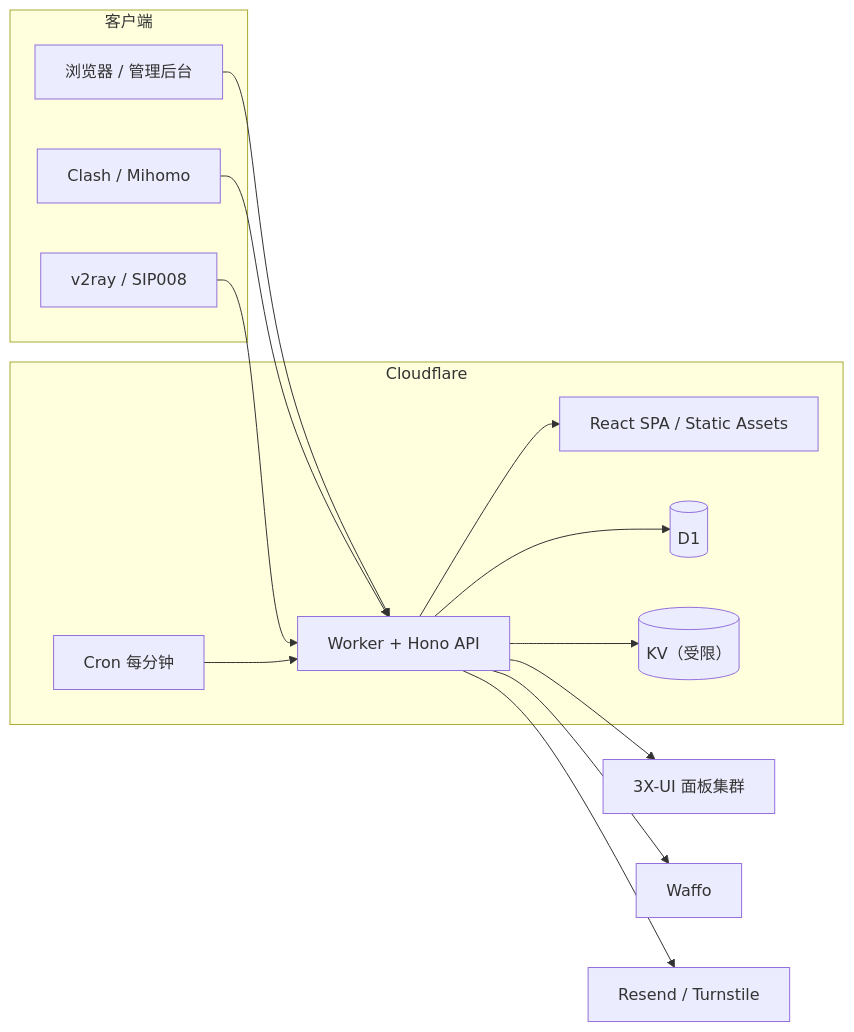
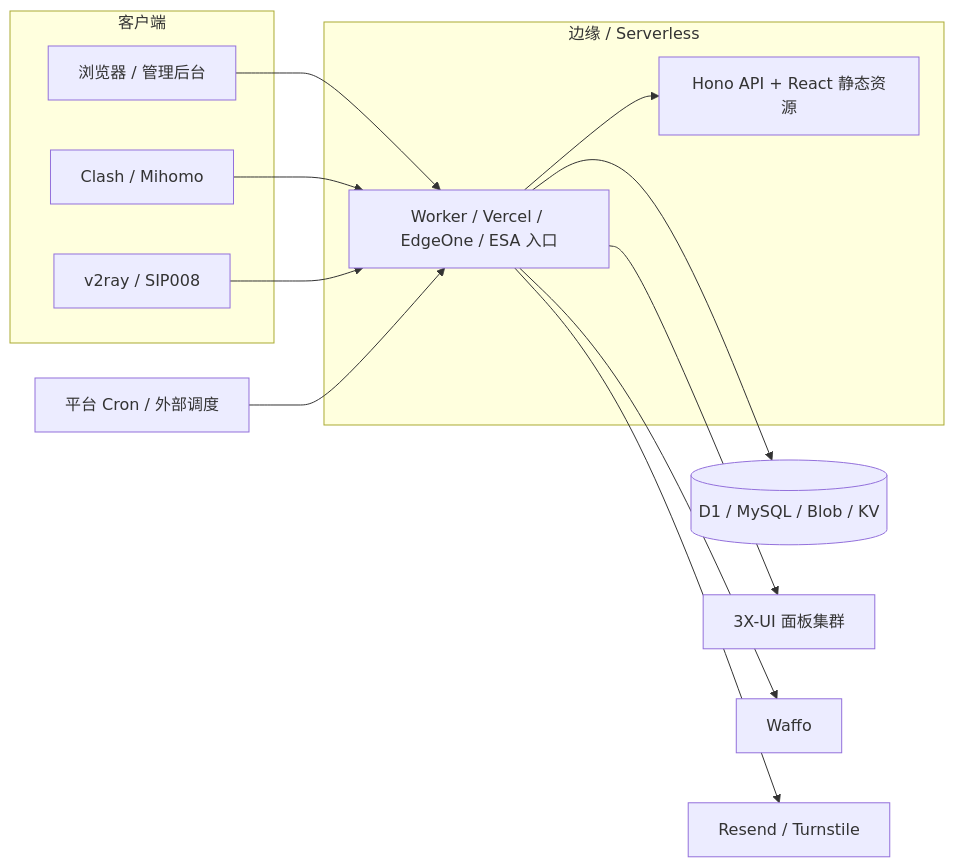
Before and after one commit to PIKACHUIM/3XUI-Manager: the diagram in README.md, drawn with Mermaid. The commit also changed other lines of this file and 40 other files, not shown here.

Commit message:
feat(platform): add Blob/KV and MySQL backends for Vercel, EdgeOne and ESA

````diff
--- a/README.md
+++ b/README.md
@@ -255,31 +299,29 @@
 ```mermaid
 flowchart LR
   subgraph Clients["客户端"]
     B["浏览器 / 管理后台"]
     C["Clash / Mihomo"]
     V["v2ray / SIP008"]
   end
 
-  subgraph Edge["Cloudflare"]
-    W["Worker + Hono API"]
-    A["React SPA / Static Assets"]
-    D[("D1")]
-    K[("KV（受限）")]
-    T["Cron 每分钟"]
+  subgraph Platforms["边缘 / Serverless"]
+    E["Worker / Vercel / EdgeOne / ESA 入口"]
+    A["Hono API + React 静态资源"]
   end
 
+  S[("D1 / MySQL / Blob / KV")]
+  T["平台 Cron / 外部调度"]
   X["3X-UI 面板集群"]
   P["Waffo"]
   M["Resend / Turnstile"]
 
-  B --> W
-  C --> W
-  V --> W
-  W --> A
-  W --> D
-  W --> K
-  T --> W
-  W --> X
-  W --> P
-  W --> M
+  B --> E
+  C --> E
+  V --> E
+  E --> A
+  E --> S
+  T --> E
+  E --> X
+  E --> P
+  E --> M
 ```
````
